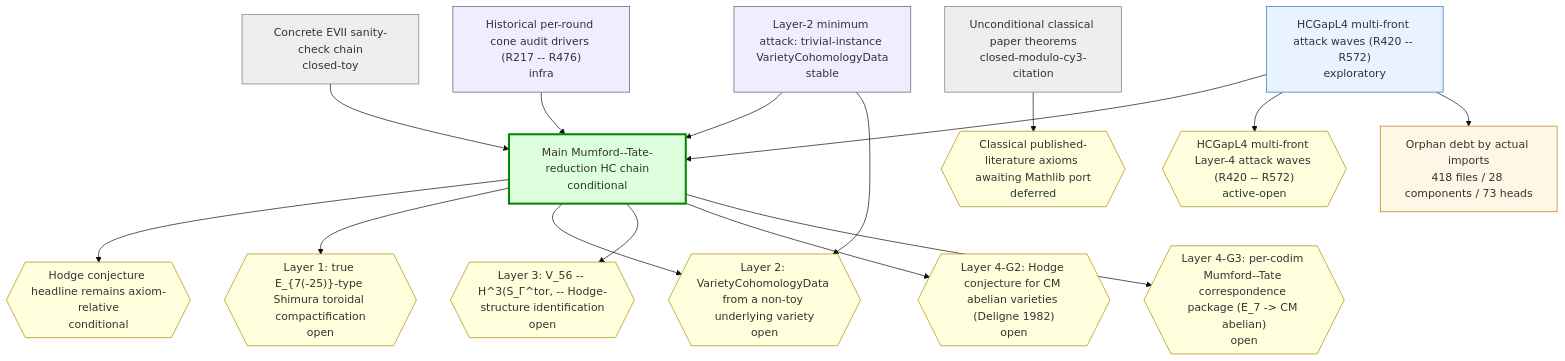
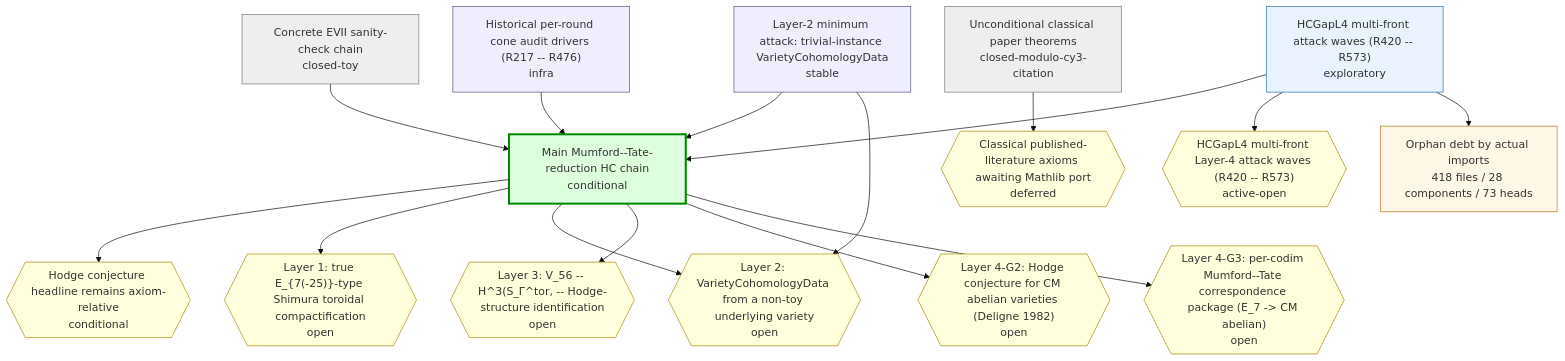
The first of 2 diagrams in chain-status/research-map.md (crabsatellite/hodge-conjecture-lean4-formalization), drawn with Mermaid (base theme) before and after one commit. The commit also changed other lines of this file and 7 other files, not shown here.

````diff
--- a/chain-status/research-map.md
+++ b/chain-status/research-map.md
@@ -45,44 +45,44 @@
 ```mermaid
 graph TD
   classDef main fill:#dfd,stroke:#080,stroke-width:3px
   classDef active fill:#e8f3ff,stroke:#2670b8
   classDef support fill:#eef,stroke:#557
   classDef closed fill:#eee,stroke:#777
   classDef dead fill:#fdd,stroke:#a00,stroke-width:2px
   classDef gapOpen fill:#ffd,stroke:#a80
   classDef gapClosed fill:#eee,stroke:#777
   classDef gapDead fill:#fdd,stroke:#a00
   classDef debt fill:#fff7e6,stroke:#b87514
   classDef debtTaxonomy fill:#e8f3ff,stroke:#2670b8,stroke-dasharray:3 3
   classDef debtRule fill:#eefbea,stroke:#398439,stroke-dasharray:3 3
   classDef debtDead fill:#fdd,stroke:#a00,stroke-dasharray:3 3
   chain_main_hc_axiom_relative["Main Mumford--Tate-reduction HC chain\nconditional"]:::main
   chain_unconditional_classical["Unconditional classical paper theorems\nclosed-modulo-cy3-citation"]:::closed
   chain_hcgap_l2_trivial_instances["Layer-2 minimum attack: trivial-instance VarietyCohomologyData\nstable"]:::support
-  chain_hcgap_l4_multifront_active["HCGapL4 multi-front attack waves (R420 -- R572)\nexploratory"]:::active
+  chain_hcgap_l4_multifront_active["HCGapL4 multi-front attack waves (R420 -- R573)\nexploratory"]:::active
   chain_concrete_evii_toy["Concrete EVII sanity-check chain\nclosed-toy"]:::closed
   chain_historical_cone_audits["Historical per-round cone audit drivers (R217 -- R476)\ninfra"]:::support
   gap_G_main_hc{{"Hodge conjecture headline remains axiom-relative\nconditional"}}:::gapOpen
   gap_G_l1_e7_shimura_tor{{"Layer 1: true E_{7(-25)}-type Shimura toroidal compactification\nopen"}}:::gapOpen
   gap_G_l2_cohomology_construction{{"Layer 2: VarietyCohomologyData from a non-toy underlying variety\nopen"}}:::gapOpen
   gap_G_l3_v56_mt_identification{{"Layer 3: V_56 -- H^3(S_Γ^tor, -- Hodge-structure identification\nopen"}}:::gapOpen
   gap_G_l4_cm_abelian_hc{{"Layer 4-G2: Hodge conjecture for CM abelian varieties (Deligne 1982)\nopen"}}:::gapOpen
   gap_G_l4_mt_correspondence{{"Layer 4-G3: per-codim Mumford--Tate correspondence package (E_7 -> CM abelian)\nopen"}}:::gapOpen
   gap_G_classical_mathlib_port{{"Classical published-literature axioms awaiting Mathlib port\ndeferred"}}:::gapOpen
-  gap_G_hcgap_l4_multifront{{"HCGapL4 multi-front Layer-4 attack waves (R420 -- R572)\nactive-open"}}:::gapOpen
+  gap_G_hcgap_l4_multifront{{"HCGapL4 multi-front Layer-4 attack waves (R420 -- R573)\nactive-open"}}:::gapOpen
   chain_main_hc_axiom_relative --> gap_G_main_hc
   chain_main_hc_axiom_relative --> gap_G_l1_e7_shimura_tor
   chain_main_hc_axiom_relative --> gap_G_l2_cohomology_construction
   chain_main_hc_axiom_relative --> gap_G_l3_v56_mt_identification
   chain_main_hc_axiom_relative --> gap_G_l4_cm_abelian_hc
   chain_main_hc_axiom_relative --> gap_G_l4_mt_correspondence
   chain_unconditional_classical --> gap_G_classical_mathlib_port
   chain_hcgap_l2_trivial_instances --> chain_main_hc_axiom_relative
   chain_hcgap_l2_trivial_instances --> gap_G_l2_cohomology_construction
   chain_hcgap_l4_multifront_active --> chain_main_hc_axiom_relative
   chain_hcgap_l4_multifront_active --> gap_G_hcgap_l4_multifront
   chain_concrete_evii_toy --> chain_main_hc_axiom_relative
   chain_historical_cone_audits --> chain_main_hc_axiom_relative
   debt_all["Orphan debt by actual imports\n418 files / 28 components / 73 heads"]:::debt
   chain_hcgap_l4_multifront_active --> debt_all
 ```
````
